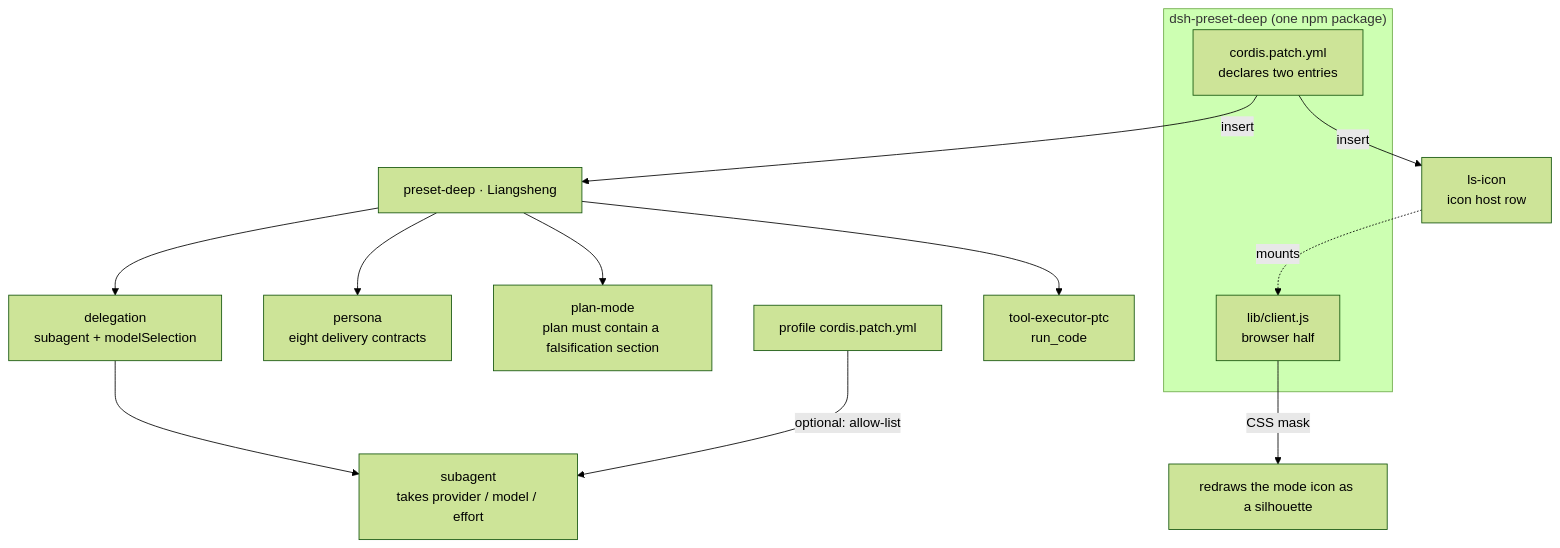
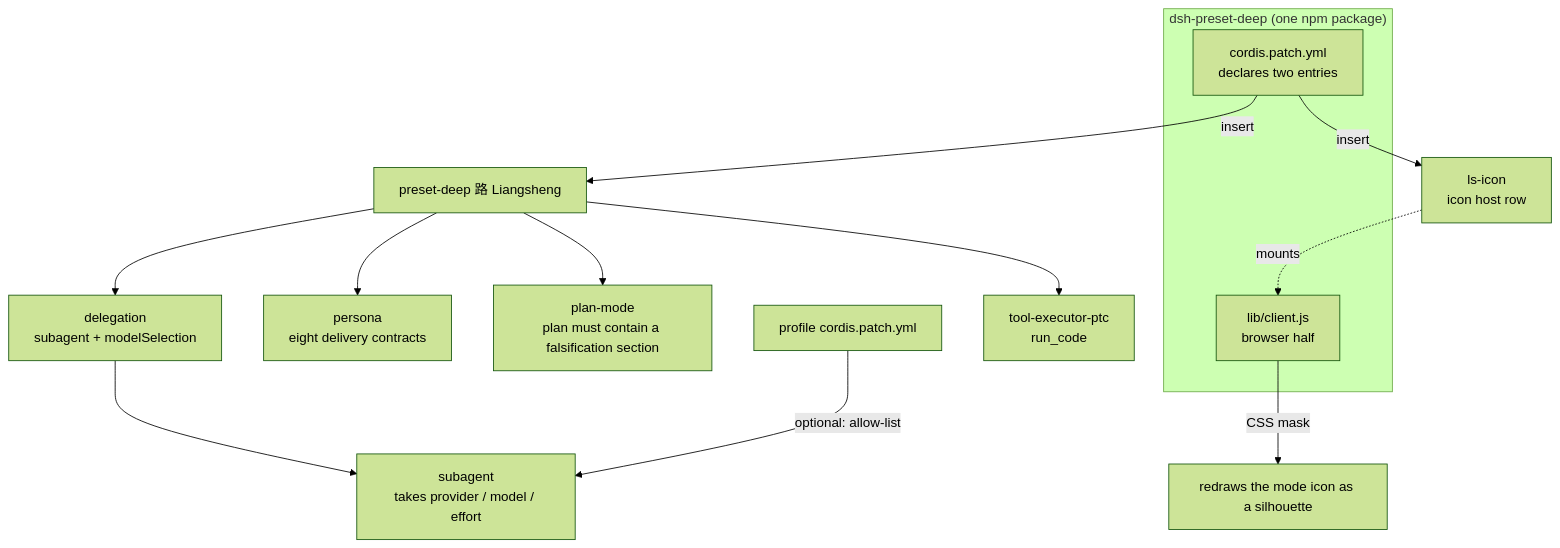
Before and after one commit to anticbv/dsh-preset-deep: the diagram in README.en.md, drawn with Mermaid (forest theme). The commit also changed other lines of this file and 1 other file, not shown here.

````diff
--- a/README.en.md
+++ b/README.en.md
@@ -30,22 +30,22 @@
 ```mermaid
 flowchart TD
     subgraph bundle["dsh-preset-deep (one npm package)"]
         P["cordis.patch.yml<br/>declares two entries"]
         C["lib/client.js<br/>browser half"]
     end
 
-    P -->|insert| R["preset-deep · Liangsheng"]
+    P -->|insert| R["preset-deep 路 Liangsheng"]
     P -->|insert| I["ls-icon<br/>icon host row"]
 
     R --> PS["persona<br/>eight delivery contracts"]
     R --> PM["plan-mode<br/>plan must contain a falsification section"]
     R --> DL["delegation<br/>subagent + modelSelection"]
     R --> PTC["tool-executor-ptc<br/>run_code"]
 
     DL --> SA["subagent<br/>takes provider / model / effort"]
 
     C -->|CSS mask| ICON["redraws the mode icon as a silhouette"]
     I -.->|mounts| C
 
     WS["profile cordis.patch.yml"] -->|optional: allow-list| SA
 ```
````
